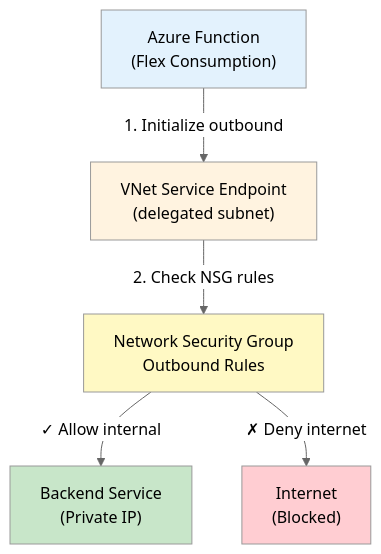
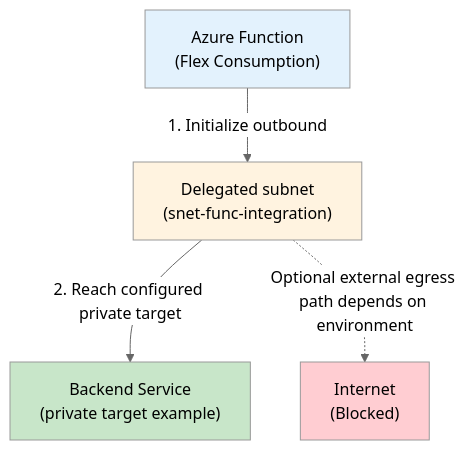
Before and after one commit to ran130987wan/logicapp-func-private-net: the seventh of 11 diagrams in docs/ONBOARDING-NEW-CONTRIBUTOR.md, drawn with Mermaid (neutral theme). The commit also changed other lines of this file and 6 other files, not shown here.

````diff
--- a/docs/ONBOARDING-NEW-CONTRIBUTOR.md
+++ b/docs/ONBOARDING-NEW-CONTRIBUTOR.md
@@ -263,23 +261,19 @@
 ```mermaid
 graph TB
     Function["Azure Function<br/>(Flex Consumption)"]
     
-    VNetInt["VNet Service Endpoint<br/>(delegated subnet)"]
+    VNetInt["Delegated subnet<br/>(snet-func-integration)"]
     
-    NSG["Network Security Group<br/>Outbound Rules"]
-    
-    Backend["Backend Service<br/>(Private IP)"]
+    Backend["Backend Service<br/>(private target example)"]
     
     Internet["Internet<br/>(Blocked)"]
     
     Function -->|1. Initialize outbound| VNetInt
-    VNetInt -->|2. Check NSG rules| NSG
-    NSG -->|✓ Allow internal| Backend
-    NSG -->|✗ Deny internet| Internet
+    VNetInt -->|2. Reach configured private target| Backend
+    VNetInt -.->|Optional external egress path depends on environment| Internet
     
     style Function fill:#e3f2fd
     style Backend fill:#c8e6c9
     style Internet fill:#ffcdd2
     style VNetInt fill:#fff3e0
-    style NSG fill:#fff9c4
 ```
````
